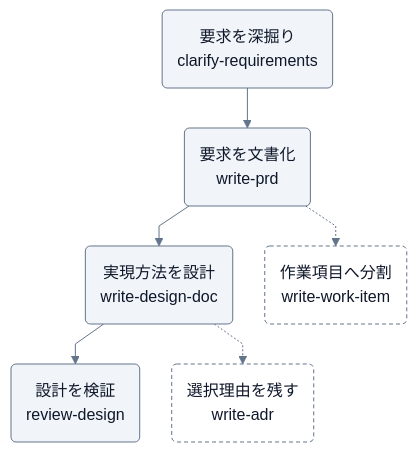
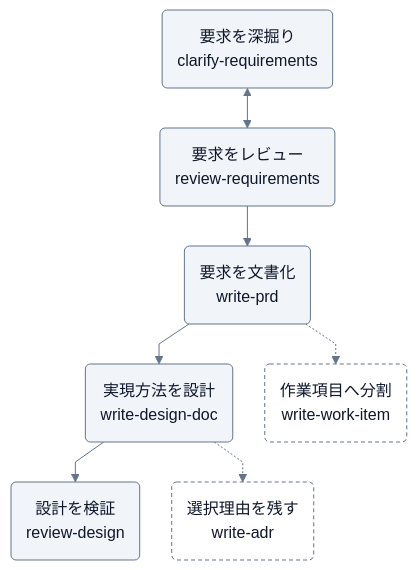
One commit to Wataru-Toriumi/agent-skills changed the diagram in plugins/ink/README.md. Above: the diagram before and after it, drawn with Mermaid. The commit also changed other lines of this file and 8 other files, not shown here.

Commit message:
feat(ink): add requirements review skill

````diff
--- a/plugins/ink/README.md
+++ b/plugins/ink/README.md
@@ -25,30 +26,31 @@
 ```mermaid
 ---
 config:
   theme: base
   look: classic
   fontFamily: sans-serif
   themeVariables:
     primaryColor: "#F1F5F9"
     primaryTextColor: "#0F172A"
     primaryBorderColor: "#64748B"
     lineColor: "#64748B"
     tertiaryColor: "#F8FAFC"
     clusterBkg: "#F8FAFC"
     clusterBorder: "#CBD5E1"
     edgeLabelBackground: "#FFFFFF"
   flowchart:
     wrappingWidth: 300
     curve: linear
     nodeSpacing: 32
     rankSpacing: 40
 ---
 flowchart TD
-    clarify("要求を深掘り<br/>clarify-requirements") --> prd("要求を文書化<br/>write-prd")
+    clarify("要求を深掘り<br/>clarify-requirements") <--> requirements("要求をレビュー<br/>review-requirements")
+    requirements --> prd("要求を文書化<br/>write-prd")
     prd --> design("実現方法を設計<br/>write-design-doc")
     design --> review("設計を検証<br/>review-design")
     prd -.-> items("作業項目へ分割<br/>write-work-item")
     design -.-> adr("選択理由を残す<br/>write-adr")
     classDef optional fill:#FFFFFF,stroke:#64748B,color:#0F172A,stroke-dasharray:4 3
     class items,adr optional
 ```
````
